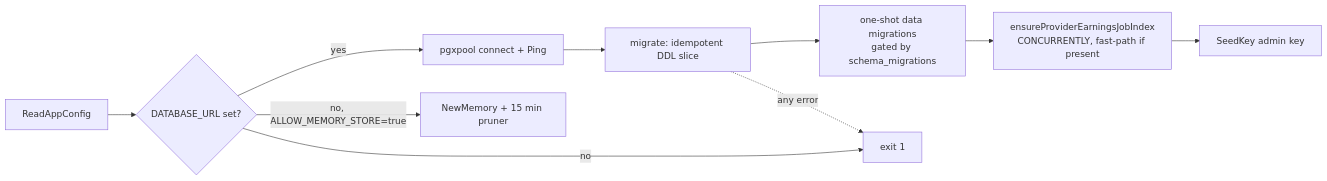
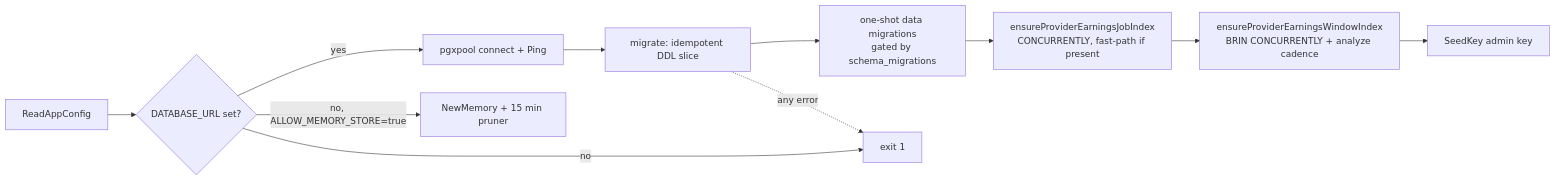
One commit to Layr-Labs/d-inference changed the diagram in docs/architecture/storage.md. Above: the diagram before and after it, drawn with Mermaid. The commit also changed other lines of this file and 6 other files, not shown here.

First line of the commit message:
Index provider_earnings by created_at and keep its statistics fresh

````diff
--- a/docs/architecture/storage.md
+++ b/docs/architecture/storage.md
@@ -203,12 +203,13 @@
 ```mermaid
 flowchart LR
   A[ReadAppConfig] --> B{DATABASE_URL set?}
   B -- yes --> C[pgxpool connect + Ping]
   C --> D[migrate: idempotent DDL slice]
   D --> E[one-shot data migrations\ngated by schema_migrations]
   E --> F[ensureProviderEarningsJobIndex\nCONCURRENTLY, fast-path if present]
-  F --> G[SeedKey admin key]
+  F --> F2[ensureProviderEarningsWindowIndex\nBRIN CONCURRENTLY + analyze cadence]
+  F2 --> G[SeedKey admin key]
   B -- no, ALLOW_MEMORY_STORE=true --> H[NewMemory + 15 min pruner]
   B -- no --> X[exit 1]
   D -. any error .-> X
 ```
````
